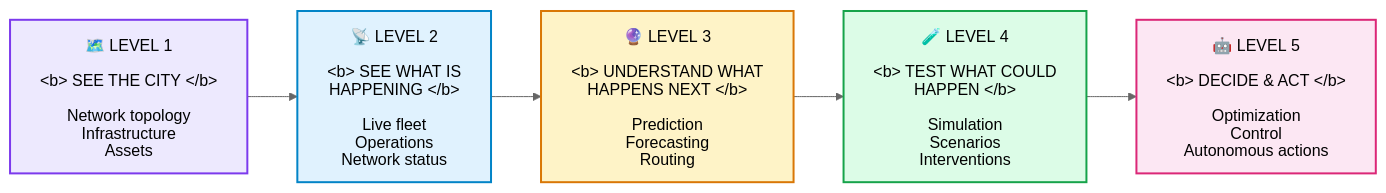
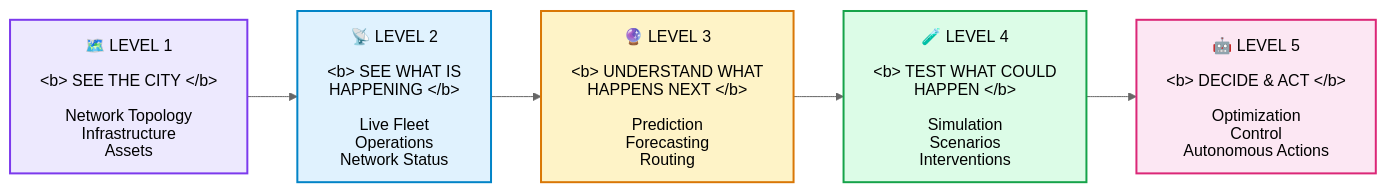
One commit to phamdps/transport-digital-twin changed the third of 5 diagrams in README.md. Above: the diagram before and after it, drawn with Mermaid (neutral theme).

Commit message:
update center

````diff
--- a/README.md
+++ b/README.md
@@ -336,31 +336,31 @@
 ```mermaid
 ---
 config:
   htmlLabels: false
 ---
 flowchart LR
 
-    L1["🗺️ LEVEL 1 <br/><br/><b> SEE THE CITY </b><br/><br/> Network topology <br/> Infrastructure<br/>Assets"]
+    L1["🗺️ LEVEL 1 <br/><br/><b> SEE THE CITY </b><br/><br/> Network Topology <br/> Infrastructure <br/> Assets"]
 
-    L2["📡 LEVEL 2 <br/><br/><b> SEE WHAT IS HAPPENING </b><br/><br/> Live fleet <br/>Operations<br/> Network status"]
+    L2["📡 LEVEL 2 <br/><br/><b> SEE WHAT IS HAPPENING </b><br/><br/> Live Fleet <br/> Operations <br/> Network Status"]
 
     L3["🔮 LEVEL 3 <br/><br/><b> UNDERSTAND WHAT HAPPENS NEXT </b><br/><br/> Prediction <br/> Forecasting <br/> Routing"]
 
     L4["🧪 LEVEL 4 <br/><br/><b> TEST WHAT COULD HAPPEN</b><br/><br/> Simulation <br/> Scenarios <br/> Interventions"]
 
-    L5["🤖 LEVEL 5 <br/><br/><b> DECIDE & ACT </b><br/><br/> Optimization <br/> Control <br/> Autonomous actions"]
+    L5["🤖 LEVEL 5 <br/><br/><b> DECIDE & ACT </b><br/><br/> Optimization <br/> Control <br/> Autonomous Actions"]
 
     L1 --> L2 --> L3 --> L4 --> L5
 
     classDef l1 fill:#ede9fe,stroke:#7c3aed,stroke-width:2px;
     classDef l2 fill:#e0f2fe,stroke:#0284c7,stroke-width:2px;
     classDef l3 fill:#fef3c7,stroke:#d97706,stroke-width:2px;
     classDef l4 fill:#dcfce7,stroke:#16a34a,stroke-width:2px;
     classDef l5 fill:#fce7f3,stroke:#db2777,stroke-width:2px;
 
     class L1 l1;
     class L2 l2;
     class L3 l3;
     class L4 l4;
     class L5 l5;
 ```
````
